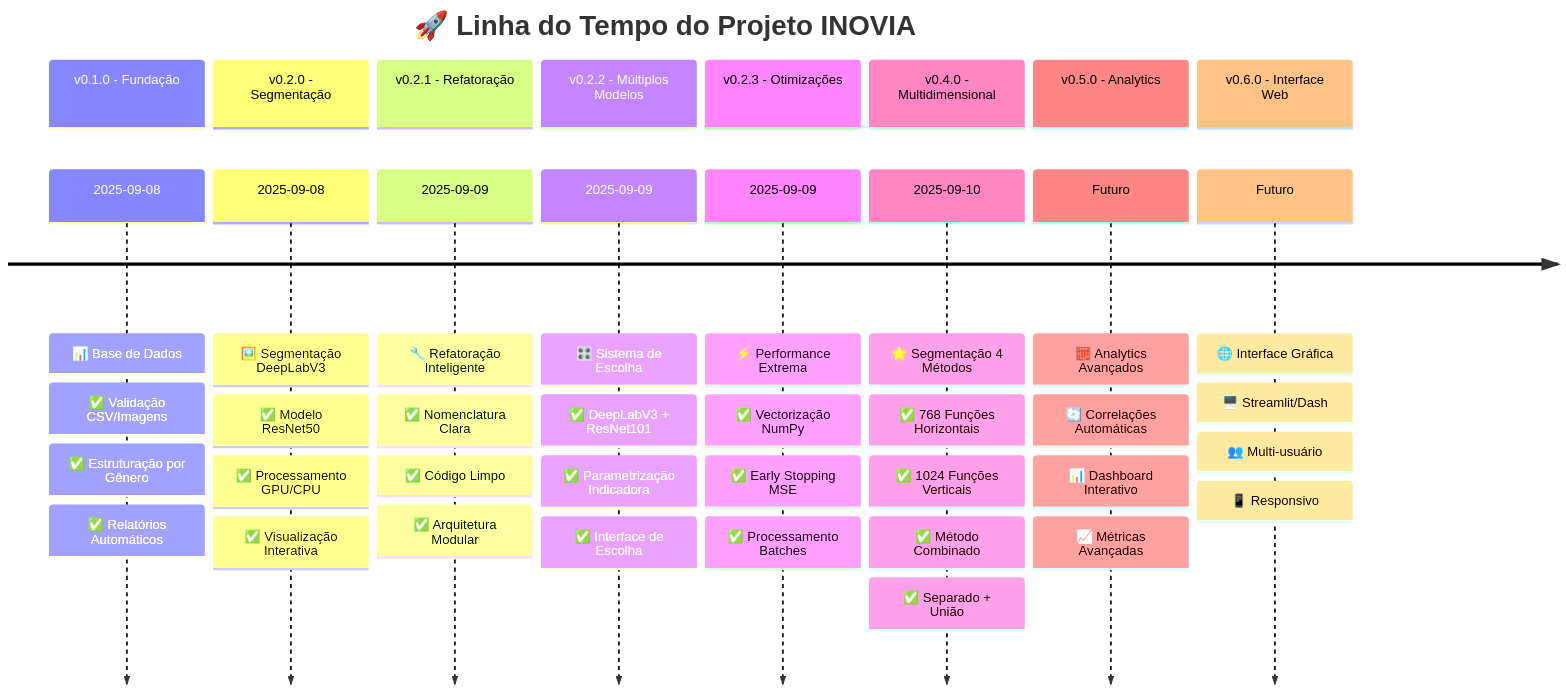
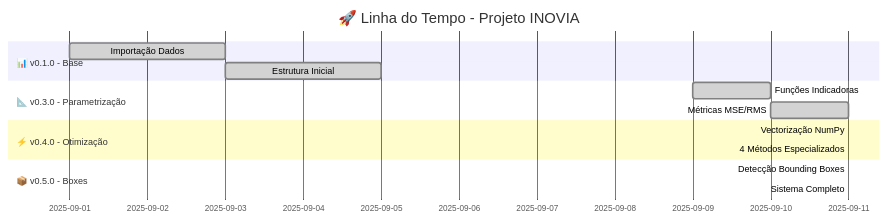
One commit to danilorigitano/DesafioInovia-dev changed the sixth of 9 diagrams in README.md. Above: the diagram before and after it, drawn with Mermaid. The commit also changed other lines of this file and 8 other files, not shown here.

````diff
--- a/README.md
+++ b/README.md
@@ -513,53 +260,21 @@
 ```mermaid
-timeline
-    title 🚀 Linha do Tempo do Projeto INOVIA
+gantt
+    title 🚀 Linha do Tempo - Projeto INOVIA
+    dateFormat YYYY-MM-DD
     
-    section v0.1.0 - Fundação
-        2025-09-08 : 📊 Base de Dados
-                  : ✅ Validação CSV/Imagens
-                  : ✅ Estruturação por Gênero
-                  : ✅ Relatórios Automáticos
-    
-    section v0.2.0 - Segmentação
-        2025-09-08 : 🖼️ Segmentação DeepLabV3
-                  : ✅ Modelo ResNet50
-                  : ✅ Processamento GPU/CPU
-                  : ✅ Visualização Interativa
-    
-    section v0.2.1 - Refatoração
-        2025-09-09 : 🔧 Refatoração Inteligente
-                  : ✅ Nomenclatura Clara
-                  : ✅ Código Limpo
-                  : ✅ Arquitetura Modular
-    
-    section v0.2.2 - Múltiplos Modelos
-        2025-09-09 : 🎛️ Sistema de Escolha
-                  : ✅ DeepLabV3 + ResNet101
-                  : ✅ Parametrização Indicadora
-                  : ✅ Interface de Escolha
-    
-    section v0.2.3 - Otimizações
-        2025-09-09 : ⚡ Performance Extrema
-                  : ✅ Vectorização NumPy
-                  : ✅ Early Stopping MSE
-                  : ✅ Processamento Batches
-    
-    section v0.4.0 - Multidimensional
-        2025-09-10 : 🌟 Segmentação 4 Métodos
-                  : ✅ 768 Funções Horizontais
-                  : ✅ 1024 Funções Verticais
-                  : ✅ Método Combinado
-                  : ✅ Separado + União
-    
-    section v0.5.0 - Analytics
-        Futuro    : 🧮 Analytics Avançados
-                  : 🔄 Correlações Automáticas
-                  : 📊 Dashboard Interativo
-                  : 📈 Métricas Avançadas
-    
-    section v0.6.0 - Interface Web
-        Futuro    : 🌐 Interface Gráfica
-                  : 🖥️ Streamlit/Dash
-                  : 👥 Multi-usuário
-                  : 📱 Responsivo
+    section 📊 v0.1.0 - Base
+        Importação Dados : done, 2025-09-01, 2025-09-03
+        Estrutura Inicial : done, 2025-09-03, 2025-09-05
+        
+    section 📐 v0.3.0 - Parametrização
+        Funções Indicadoras : done, 2025-09-09, 2025-09-10
+        Métricas MSE/RMS : done, 2025-09-10, 2025-09-11
+        
+    section ⚡ v0.4.0 - Otimização
+        Vectorização NumPy : done, 2025-09-11, 2025-09-11
+        4 Métodos Especializados : done, 2025-09-11, 2025-09-11
+        
+    section 📦 v0.5.0 - Boxes
+        Detecção Bounding Boxes : done, 2025-09-11, 2025-09-11
+        Sistema Completo : done, 2025-09-11, 2025-09-11
 ```
````
